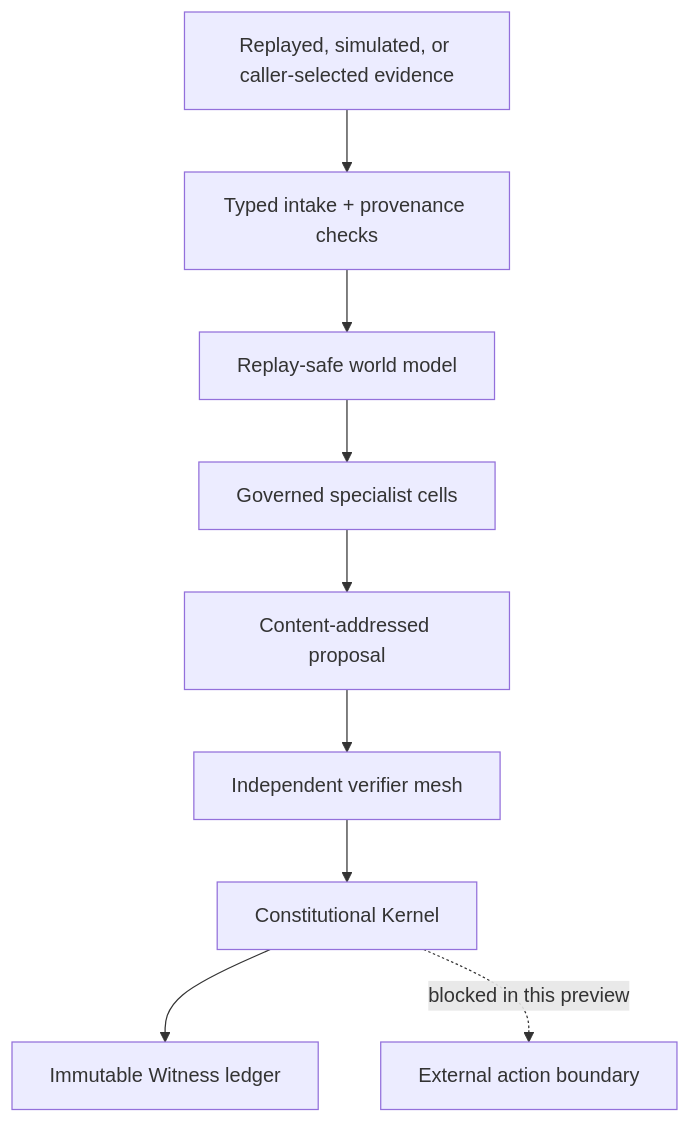
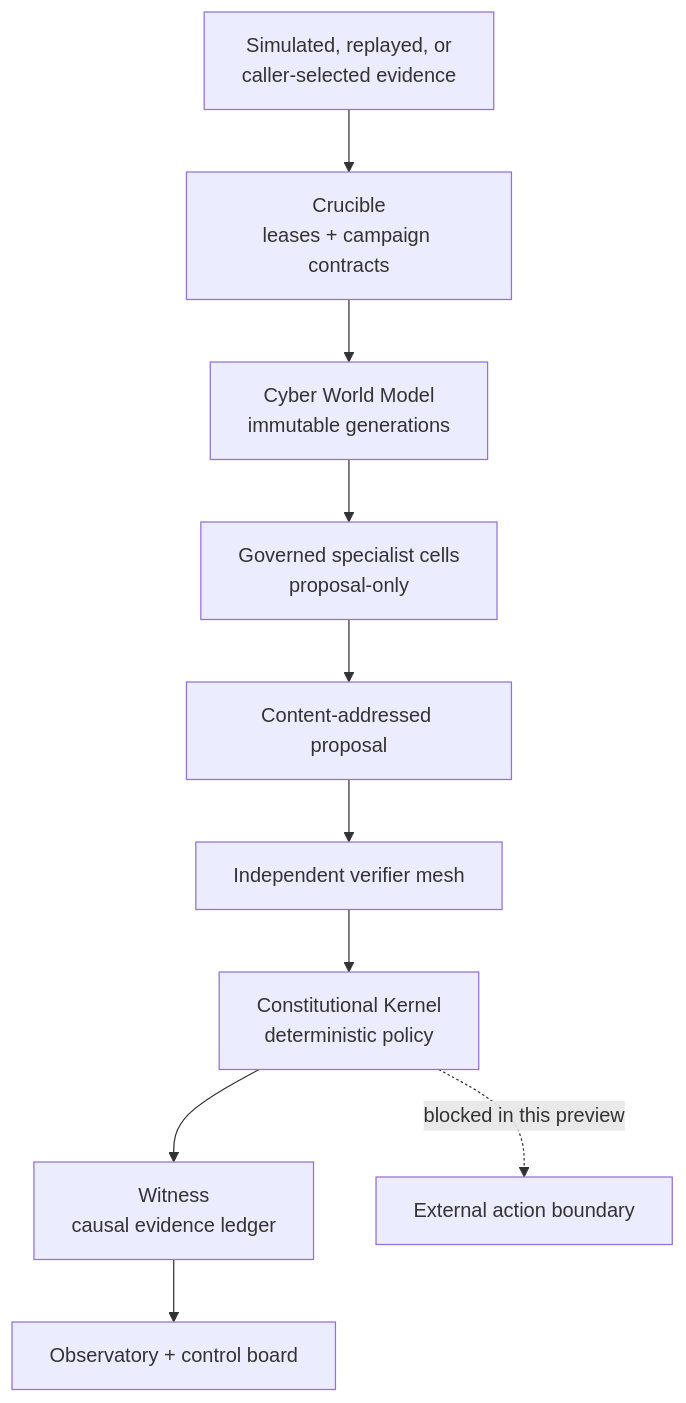
Before and after one commit to ObtuseAI/nimrod: the second of 4 diagrams in README.md, drawn with Mermaid. The commit also changed other lines of this file, not shown here.

Commit message:
docs: explain nimrod architecture and evidence model

````diff
--- a/README.md
+++ b/README.md
@@ -40,21 +112,23 @@
 ```mermaid
 flowchart TB
-    INPUT["Replayed, simulated, or caller-selected evidence"]
-    INTAKE["Typed intake + provenance checks"]
-    WORLD["Replay-safe world model"]
-    CELLS["Governed specialist cells"]
+    INPUT["Simulated, replayed, or<br/>caller-selected evidence"]
+    CRUCIBLE["Crucible<br/>leases + campaign contracts"]
+    WORLD["Cyber World Model<br/>immutable generations"]
+    SWARM["Governed specialist cells<br/>proposal-only"]
     PROPOSAL["Content-addressed proposal"]
-    VERIFY["Independent verifier mesh"]
-    KERNEL["Constitutional Kernel"]
-    WITNESS["Immutable Witness ledger"]
-    ACTION["External action boundary"]
+    MESH["Independent verifier mesh"]
+    KERNEL["Constitutional Kernel<br/>deterministic policy"]
+    WITNESS["Witness<br/>causal evidence ledger"]
+    OBS["Observatory + control board"]
+    EXTERNAL["External action boundary"]
 
-    INPUT --> INTAKE
-    INTAKE --> WORLD
-    WORLD --> CELLS
-    CELLS --> PROPOSAL
-    PROPOSAL --> VERIFY
-    VERIFY --> KERNEL
+    INPUT --> CRUCIBLE
+    CRUCIBLE --> WORLD
+    WORLD --> SWARM
+    SWARM --> PROPOSAL
+    PROPOSAL --> MESH
+    MESH --> KERNEL
     KERNEL --> WITNESS
-    KERNEL -. "blocked in this preview" .-> ACTION
+    WITNESS --> OBS
+    KERNEL -. "blocked in this preview" .-> EXTERNAL
 ```
````
